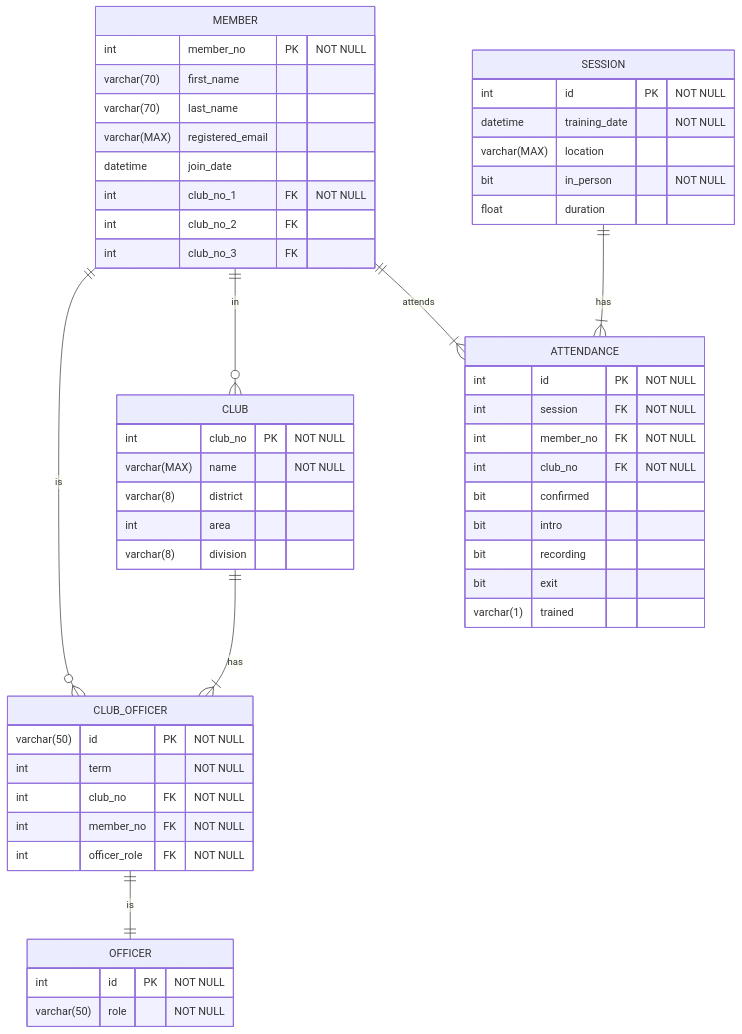
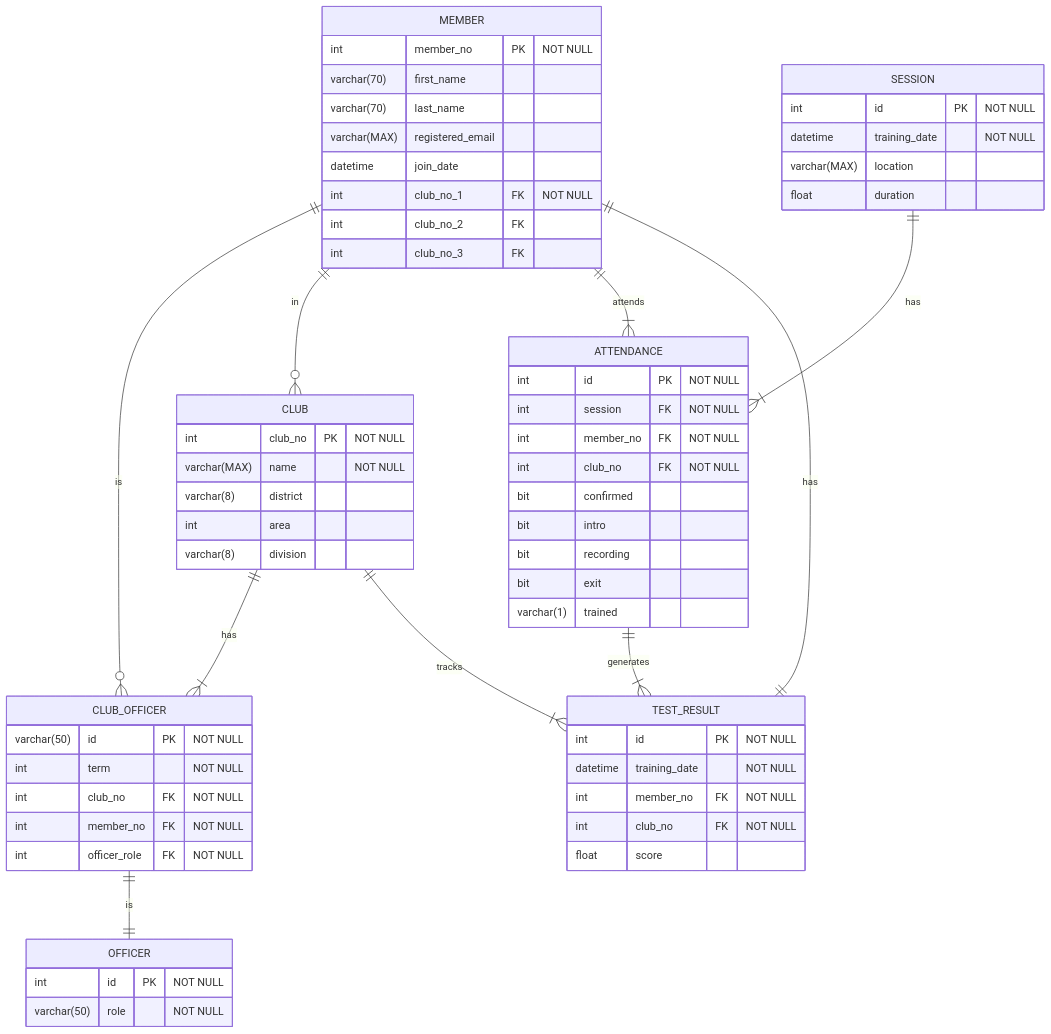
The diagram in Toastmasters/TLI Data Project.md (trdunsworth/second_brain), drawn with Mermaid before and after one commit. The commit also changed other lines of this file and 4 other files, not shown here.

````diff
--- a/Toastmasters/TLI Data Project.md
+++ b/Toastmasters/TLI Data Project.md
@@ -9,61 +9,71 @@
 ```mermaid
 erDiagram
 	CLUB ||--|{ CLUB_OFFICER : has
 	CLUB_OFFICER ||--|| OFFICER : is
 	MEMBER ||--o{ CLUB_OFFICER : is
 	MEMBER ||--o{ CLUB : in
     MEMBER ||--|{ ATTENDANCE : attends
     SESSION ||--|{ ATTENDANCE : has
+    MEMBER ||--|| TEST_RESULT : has
+    CLUB ||--|{ TEST_RESULT : tracks
+    ATTENDANCE ||--|{ TEST_RESULT : generates
 	
 	OFFICER {
 		int id PK "NOT NULL"
 		varchar(50) role "NOT NULL"
 	}
 	
 	CLUB {
 		int club_no PK "NOT NULL"
 		varchar(MAX) name "NOT NULL"
 		varchar(8) district
 		int area
 		varchar(8) division
 	}
 	
 	CLUB_OFFICER {
 		varchar(50) id PK "NOT NULL"
 		int term "NOT NULL"
 		int club_no FK "NOT NULL"
 		int member_no FK "NOT NULL"
 		int officer_role FK "NOT NULL"
 	}
 	
 	MEMBER {
 		int member_no PK "NOT NULL"
 		varchar(70) first_name
 		varchar(70) last_name
 		varchar(MAX) registered_email
 		datetime join_date
 		int club_no_1 FK "NOT NULL"
 		int club_no_2 FK
 		int club_no_3 FK
 	}
 
     SESSION {
         int id PK "NOT NULL"
         datetime training_date "NOT NULL"
         varchar(MAX) location
-        bit in_person "NOT NULL"
         float duration
     }
 
     ATTENDANCE {
         int id PK "NOT NULL"
         int session FK "NOT NULL"
         int member_no FK "NOT NULL"
         int club_no FK "NOT NULL"
         bit confirmed
         bit intro
         bit recording
         bit exit
         varchar(1) trained
     }
+    
+    TEST_RESULT {
+	    int id PK "NOT NULL"
+	    datetime training_date "NOT NULL"
+	    int member_no FK "NOT NULL"
+	    int club_no FK "NOT NULL"
+	    float score
+    }
 ```
````
